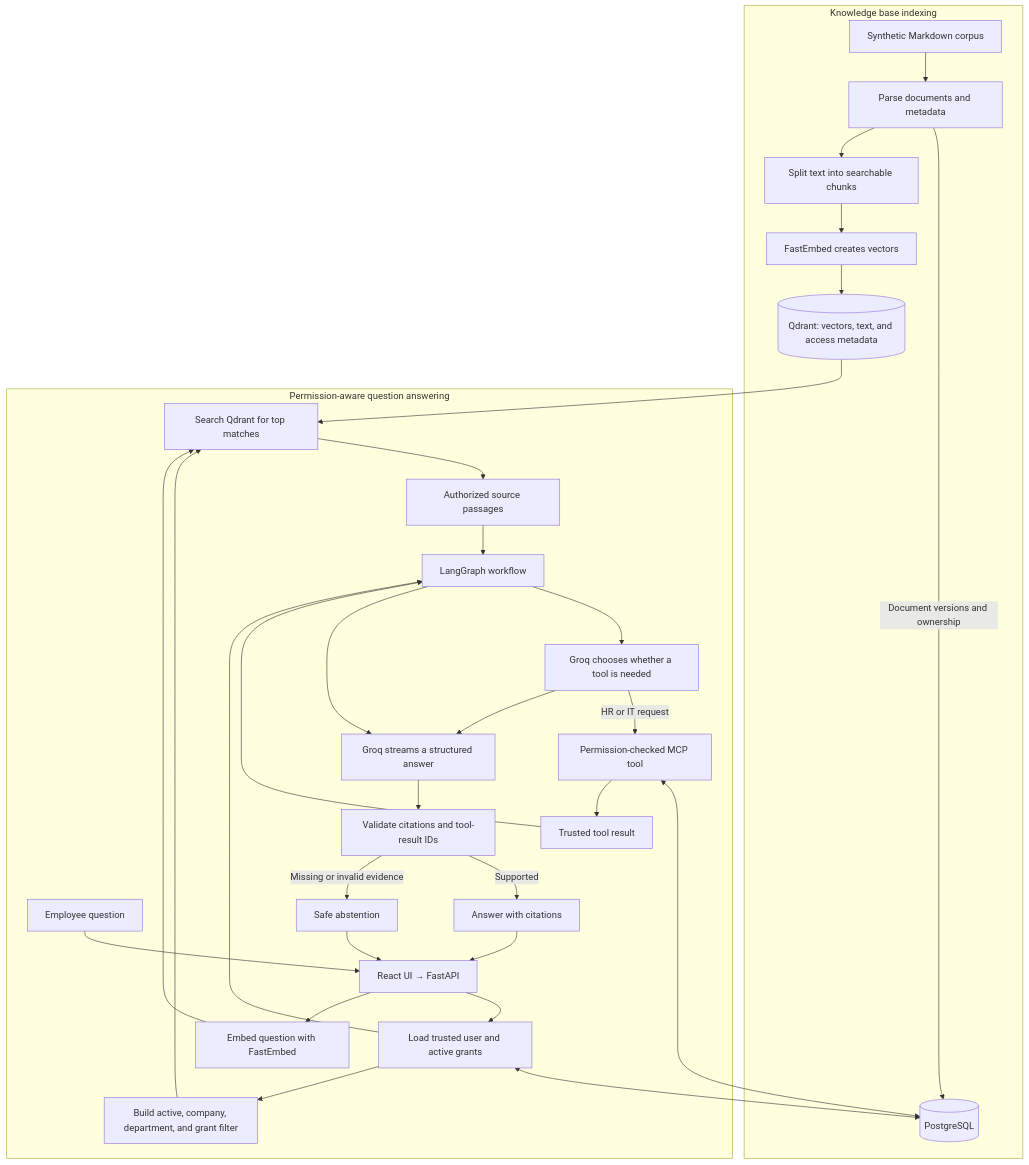
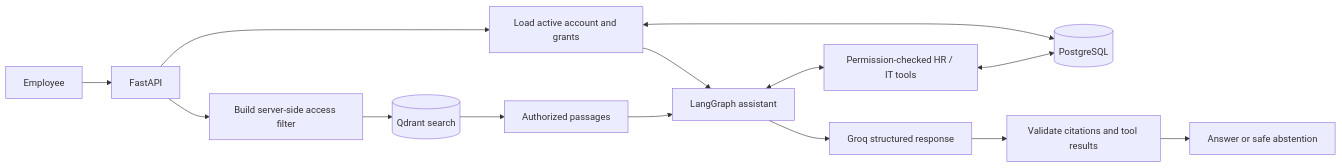
One commit to atandritC/Clearance changed the diagram in README.md. Above: the diagram before and after it, drawn with Mermaid. The commit also changed other lines of this file and 1 other file, not shown here.

````diff
--- a/README.md
+++ b/README.md
@@ -133,36 +47,16 @@
 ```mermaid
-flowchart TB
-  subgraph Indexing[Knowledge base indexing]
-    MD["Synthetic Markdown corpus"] --> PARSE["Parse documents and metadata"]
-    PARSE -->|"Document versions and ownership"| PG[("PostgreSQL")]
-    PARSE --> CHUNK["Split text into searchable chunks"]
-    CHUNK --> EMBED["FastEmbed creates vectors"]
-    EMBED --> QDRANT[("Qdrant: vectors, text, and access metadata")]
-  end
-
-  subgraph Asking[Permission-aware question answering]
-    USER["Employee question"] --> API["React UI → FastAPI"]
-    API --> IDENTITY["Load trusted user and active grants"]
-    IDENTITY <--> PG
-    API --> QEMBED["Embed question with FastEmbed"]
-    IDENTITY --> FILTER["Build active, company, department, and grant filter"]
-    QEMBED --> SEARCH["Search Qdrant for top matches"]
-    FILTER --> SEARCH
-    QDRANT --> SEARCH
-    SEARCH --> EVIDENCE["Authorized source passages"]
-    IDENTITY --> GRAPH["LangGraph workflow"]
-    EVIDENCE --> GRAPH
-    GRAPH --> ROUTER["Groq chooses whether a tool is needed"]
-    ROUTER -->|"HR or IT request"| MCP["Permission-checked MCP tool"]
-    MCP <--> PG
-    MCP --> TOOLRESULT["Trusted tool result"]
-    TOOLRESULT --> GRAPH
-    ROUTER --> COMPOSE["Groq streams a structured answer"]
-    GRAPH --> COMPOSE
-    COMPOSE --> VALIDATE["Validate citations and tool-result IDs"]
-    VALIDATE -->|"Supported"| ANSWER["Answer with citations"]
-    VALIDATE -->|"Missing or invalid evidence"| ABSTAIN["Safe abstention"]
-    ANSWER --> API
-    ABSTAIN --> API
-  end
+flowchart LR
+  EMP[Employee] --> API[FastAPI]
+  API --> ID[Load active account and grants]
+  ID <--> PG[(PostgreSQL)]
+  API --> FILTER[Build server-side access filter]
+  FILTER --> Q[(Qdrant search)]
+  Q --> EVIDENCE[Authorized passages]
+  ID --> FLOW[LangGraph assistant]
+  EVIDENCE --> FLOW
+  FLOW <--> TOOLS[Permission-checked HR / IT tools]
+  TOOLS <--> PG
+  FLOW --> LLM[Groq structured response]
+  LLM --> CHECK[Validate citations and tool results]
+  CHECK --> ANSWER[Answer or safe abstention]
 ```
````
